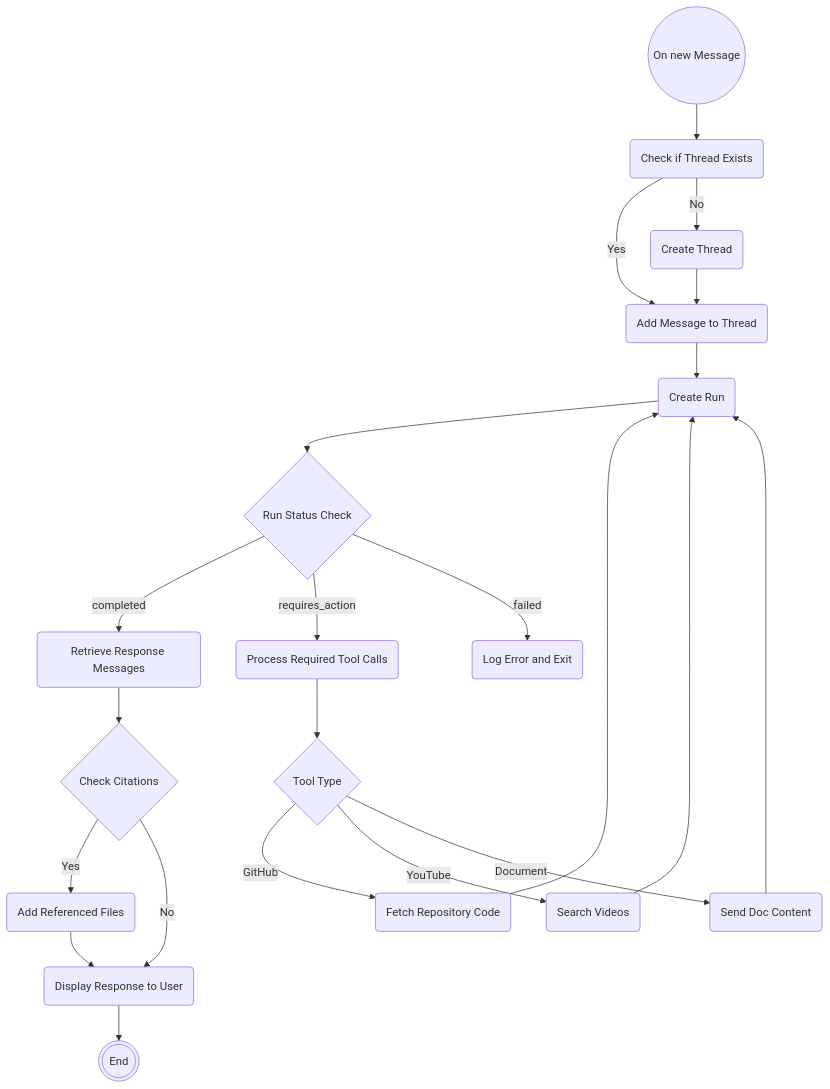
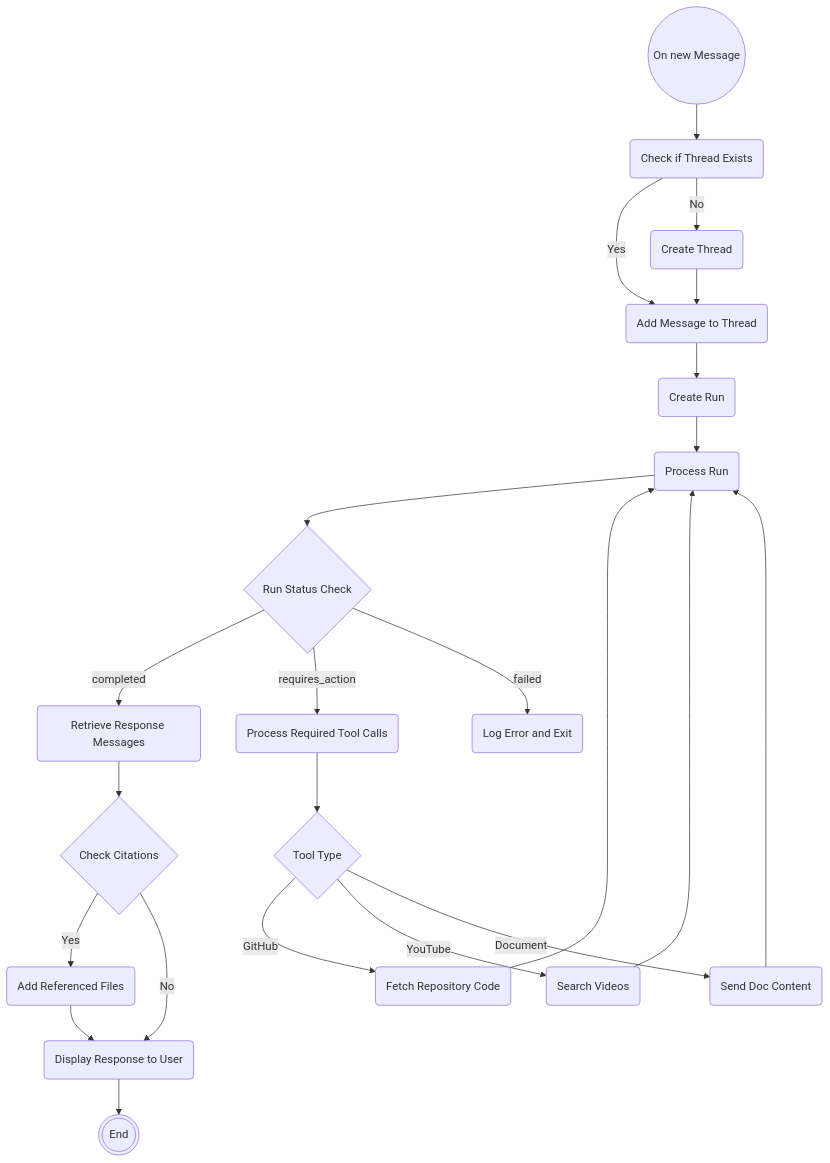
Before and after one commit to nauqh/ti: the diagram in README.md, drawn with Mermaid.

Commit message:
feat(README): update diagram

````diff
--- a/README.md
+++ b/README.md
@@ -131,25 +131,26 @@
 ```mermaid
 graph TD
     A((On new Message)) --> B(Check if Thread Exists)
     B -->|Yes| C(Add Message to Thread)
     B -->|No| D(Create Thread)
     D --> C
     C --> E(Create Run)
-    E --> F{Run Status Check}
+    E --> E'(Process Run)
+    E' --> F{Run Status Check}
     F -->|completed| G(Retrieve Response Messages)
     F -->|requires_action| H(Process Required Tool Calls)
     H --> I{Tool Type}
     I -->|GitHub| J(Fetch Repository Code)
     I -->|YouTube| K(Search Videos)
     I -->|Document| L(Send Doc Content)
-    J --> E
-    K --> E
-    L --> E
+    J --> E'
+    K --> E'
+    L --> E'
     F -->|failed| M(Log Error and Exit)
 
     G --> O{Check Citations}
     O -->|Yes| P(Add Referenced Files)
     O -->|No| Q(Display Response to User)
     P --> Q
     Q --> S(((End)))
 ```
````
